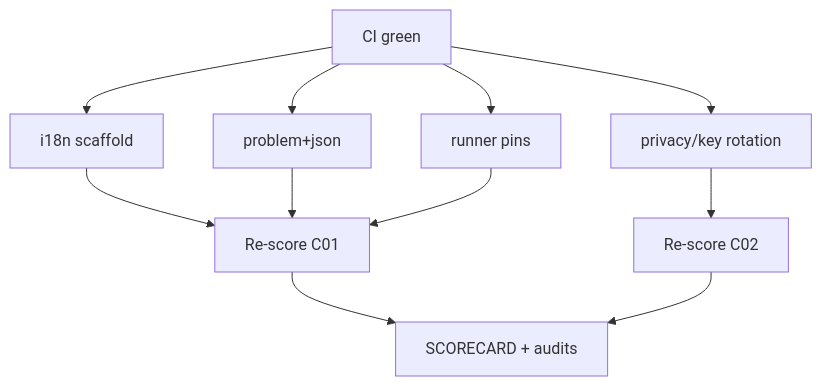
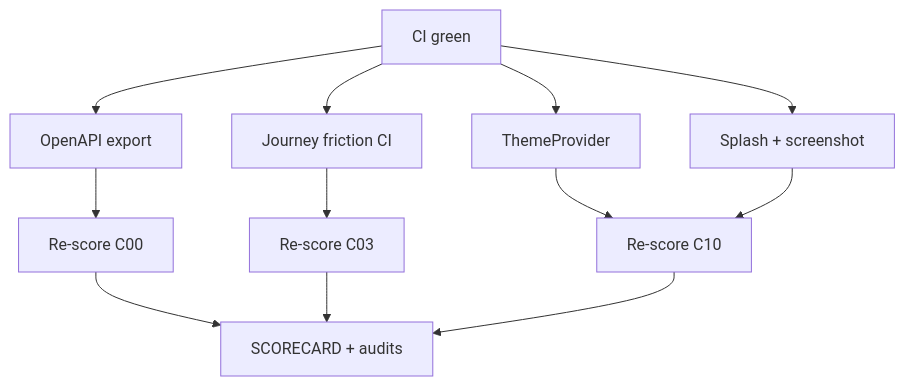
The diagram in docs/WORK_DAG.md (KooshaPari/Melosviz), drawn with Mermaid before and after one commit. The commit also changed other lines of this file and 24 other files, not shown here.

First line of the commit message:
feat: OpenAPI export, journey CI, ThemeProvider, splash baseline

````diff
--- a/docs/WORK_DAG.md
+++ b/docs/WORK_DAG.md
@@ -5,13 +5,14 @@
 ```mermaid
 flowchart TD
-  A[CI green] --> B[i18n scaffold]
-  A --> C[problem+json]
-  A --> D[privacy/key rotation]
-  A --> E[runner pins]
-  B --> F[Re-score C01]
-  C --> F
-  D --> G[Re-score C02]
-  E --> F
-  F --> H[SCORECARD + audits]
-  G --> H
+  A[CI green] --> B[OpenAPI export]
+  A --> C[Journey friction CI]
+  A --> D[ThemeProvider]
+  A --> E[Splash + screenshot]
+  B --> F[Re-score C00]
+  C --> G[Re-score C03]
+  D --> H[Re-score C10]
+  E --> H
+  F --> I[SCORECARD + audits]
+  G --> I
+  H --> I
 ```
````
